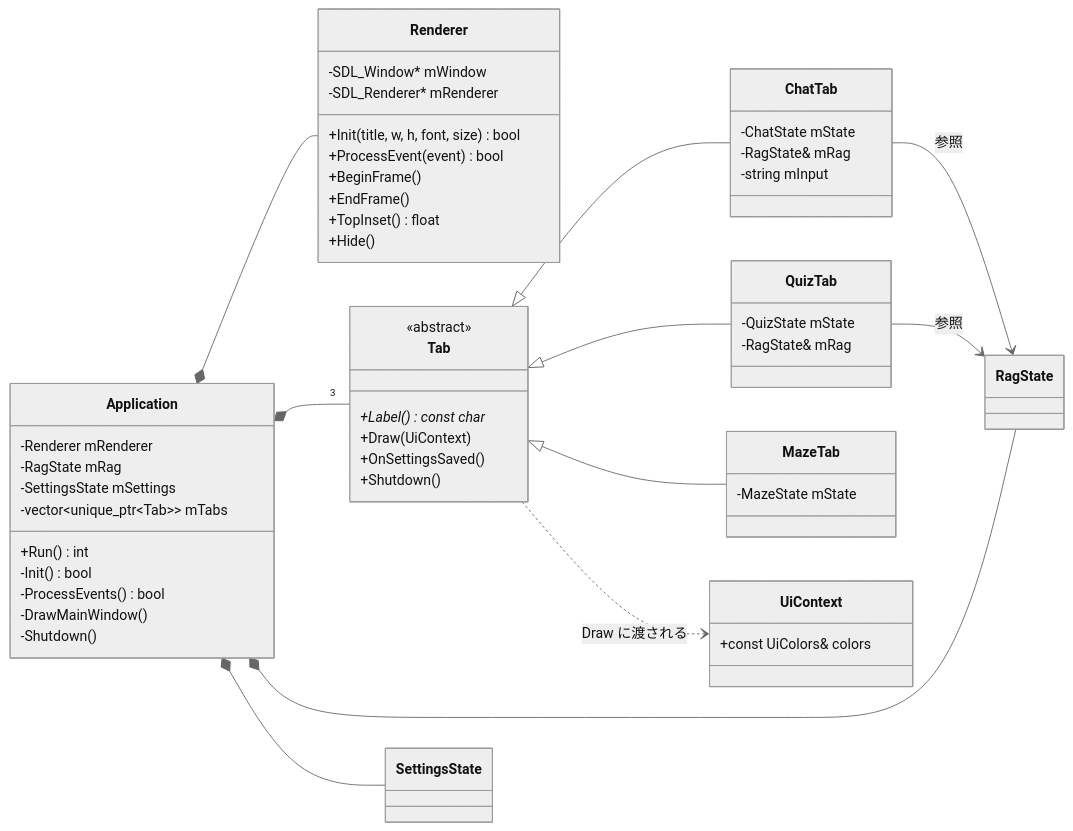
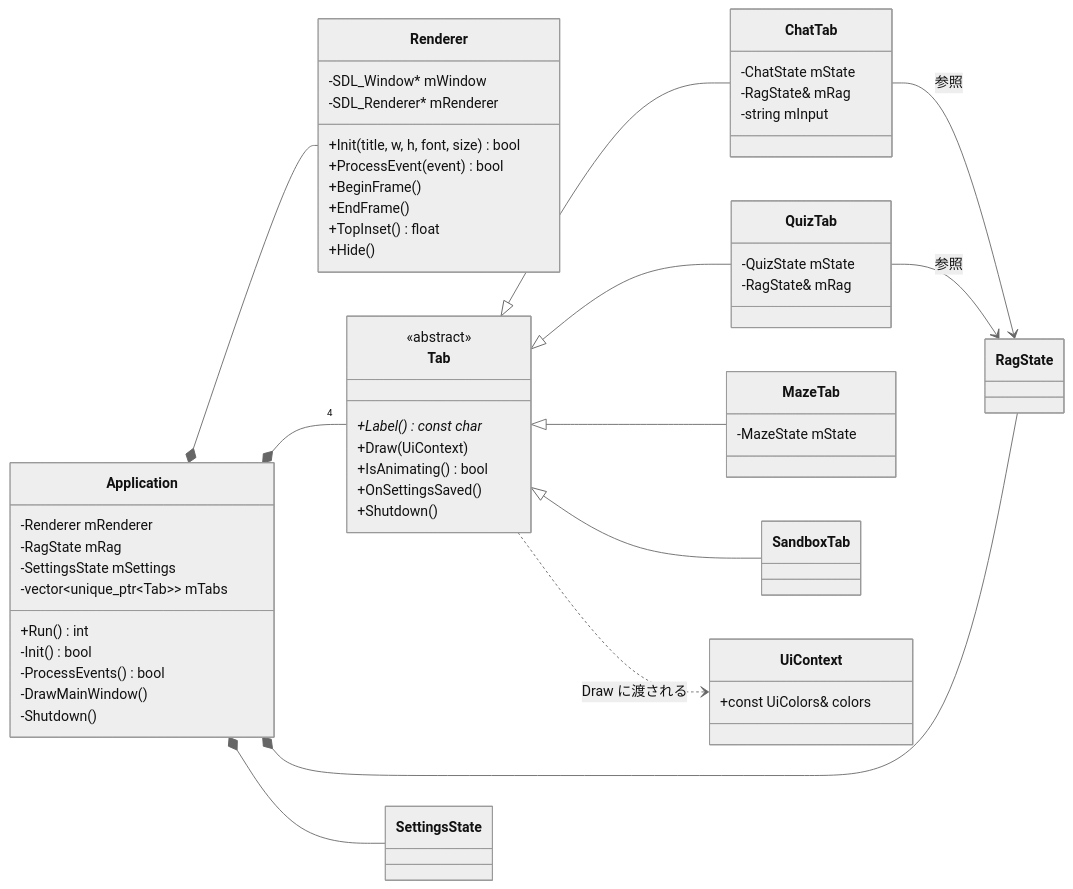
The diagram in doc/class-design.md (ToyLib/LocalLLM), drawn with Mermaid (neutral theme) before and after one commit. The commit also changed other lines of this file and 8 other files, not shown here.

````diff
--- a/doc/class-design.md
+++ b/doc/class-design.md
@@ -8,65 +8,67 @@
 ```mermaid
 classDiagram
     direction LR
 
     class Application {
         -Renderer mRenderer
         -RagState mRag
         -SettingsState mSettings
         -vector~unique_ptr~Tab~~ mTabs
         +Run() int
         -Init() bool
         -ProcessEvents() bool
         -DrawMainWindow()
         -Shutdown()
     }
 
     class Renderer {
         -SDL_Window* mWindow
         -SDL_Renderer* mRenderer
         +Init(title, w, h, font, size) bool
         +ProcessEvent(event) bool
         +BeginFrame()
         +EndFrame()
         +TopInset() float
         +Hide()
     }
 
     class Tab {
         <<abstract>>
         +Label() const char*
         +Draw(UiContext)
+        +IsAnimating() bool
         +OnSettingsSaved()
         +Shutdown()
     }
 
     class UiContext {
         +const UiColors& colors
     }
 
     class ChatTab {
         -ChatState mState
         -RagState& mRag
         -string mInput
     }
 
     class QuizTab {
         -QuizState mState
         -RagState& mRag
     }
 
     class MazeTab {
         -MazeState mState
     }
 
     Application *-- Renderer
-    Application *-- "3" Tab
+    Application *-- "4" Tab
     Application *-- RagState
     Application *-- SettingsState
     Tab <|-- ChatTab
     Tab <|-- QuizTab
     Tab <|-- MazeTab
+    Tab <|-- SandboxTab
     Tab ..> UiContext : Draw に渡される
     ChatTab --> RagState : 参照
     QuizTab --> RagState : 参照
 ```
````
